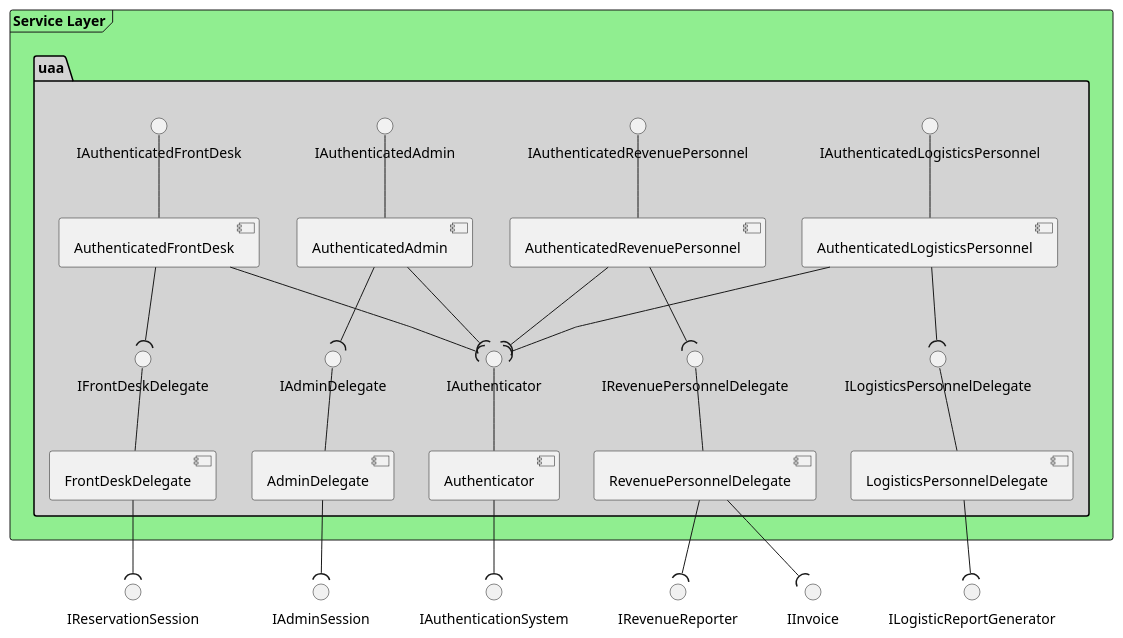
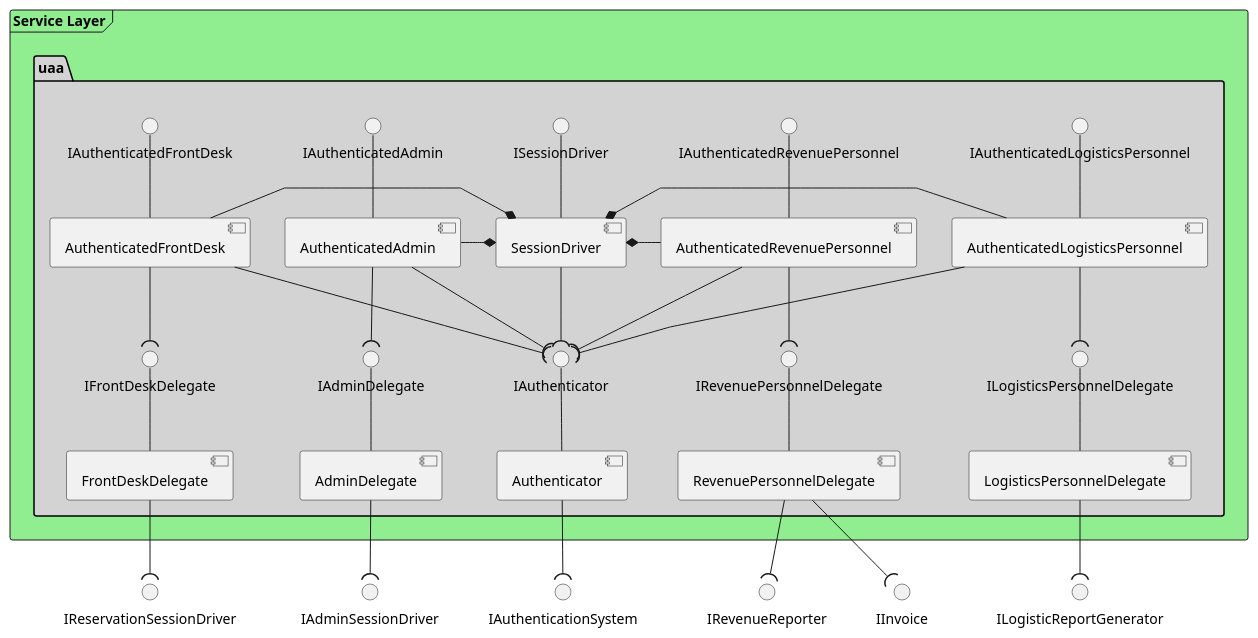
One commit to BBKbeam/mtRooms changed the diagram in docs/uml/architecture/uaa.puml. Above: the diagram before and after it, drawn with PlantUML. The commit also changed 1 other file, not shown here.

Commit message:
[uml] Edited the UAA component diagram to reflect the integration of a service layer driver ('SessionDriver').

```diff
--- a/docs/uml/architecture/uaa.puml
+++ b/docs/uml/architecture/uaa.puml
@@ -1,48 +1,55 @@
 @startuml
 
 'skinparam linetype ortho
 skinparam linetype polyline
 'skinparam monochrome true
 
 skinparam package {
     backgroundColor lightgrey
 }
 
 frame "Service Layer" #lightgreen {
     package "uaa" {
+        ISessionDriver -- [SessionDriver]
         IAuthenticator -- [Authenticator]
         IFrontDeskDelegate -- [FrontDeskDelegate]
         IAuthenticatedFrontDesk -- [AuthenticatedFrontDesk]
         IAdminDelegate -- [AdminDelegate]
         IAuthenticatedAdmin -- [AuthenticatedAdmin]
         IRevenuePersonnelDelegate -- [RevenuePersonnelDelegate]
         IAuthenticatedRevenuePersonnel -- [AuthenticatedRevenuePersonnel]
         ILogisticsPersonnelDelegate -- [LogisticsPersonnelDelegate]
         IAuthenticatedLogisticsPersonnel -- [AuthenticatedLogisticsPersonnel]
 
         AuthenticatedFrontDesk --( IAuthenticator
         AuthenticatedFrontDesk --( IFrontDeskDelegate
+        SessionDriver --( IAuthenticator
         AuthenticatedAdmin --( IAuthenticator
         AuthenticatedAdmin --( IAdminDelegate
         AuthenticatedLogisticsPersonnel --( IAuthenticator
         AuthenticatedLogisticsPersonnel --( ILogisticsPersonnelDelegate
         AuthenticatedRevenuePersonnel --( IAuthenticator
         AuthenticatedRevenuePersonnel --( IRevenuePersonnelDelegate
+
+        SessionDriver *- AuthenticatedFrontDesk
+        SessionDriver *- AuthenticatedAdmin
+        SessionDriver *- AuthenticatedRevenuePersonnel
+        SessionDriver *- AuthenticatedLogisticsPersonnel
     }
 }
 
 '##---------------------------------##
 '## Service to Business Logic Layer ##
 '##---------------------------------##
-AdminDelegate --( IAdminSession
+AdminDelegate --( IAdminSessionDriver
 
 Authenticator --( IAuthenticationSystem
 
-FrontDeskDelegate --( IReservationSession
+FrontDeskDelegate --( IReservationSessionDriver
 
 RevenuePersonnelDelegate --( IRevenueReporter
 RevenuePersonnelDelegate --( IInvoice
 
 LogisticsPersonnelDelegate --( ILogisticReportGenerator
 
 @enduml
```
